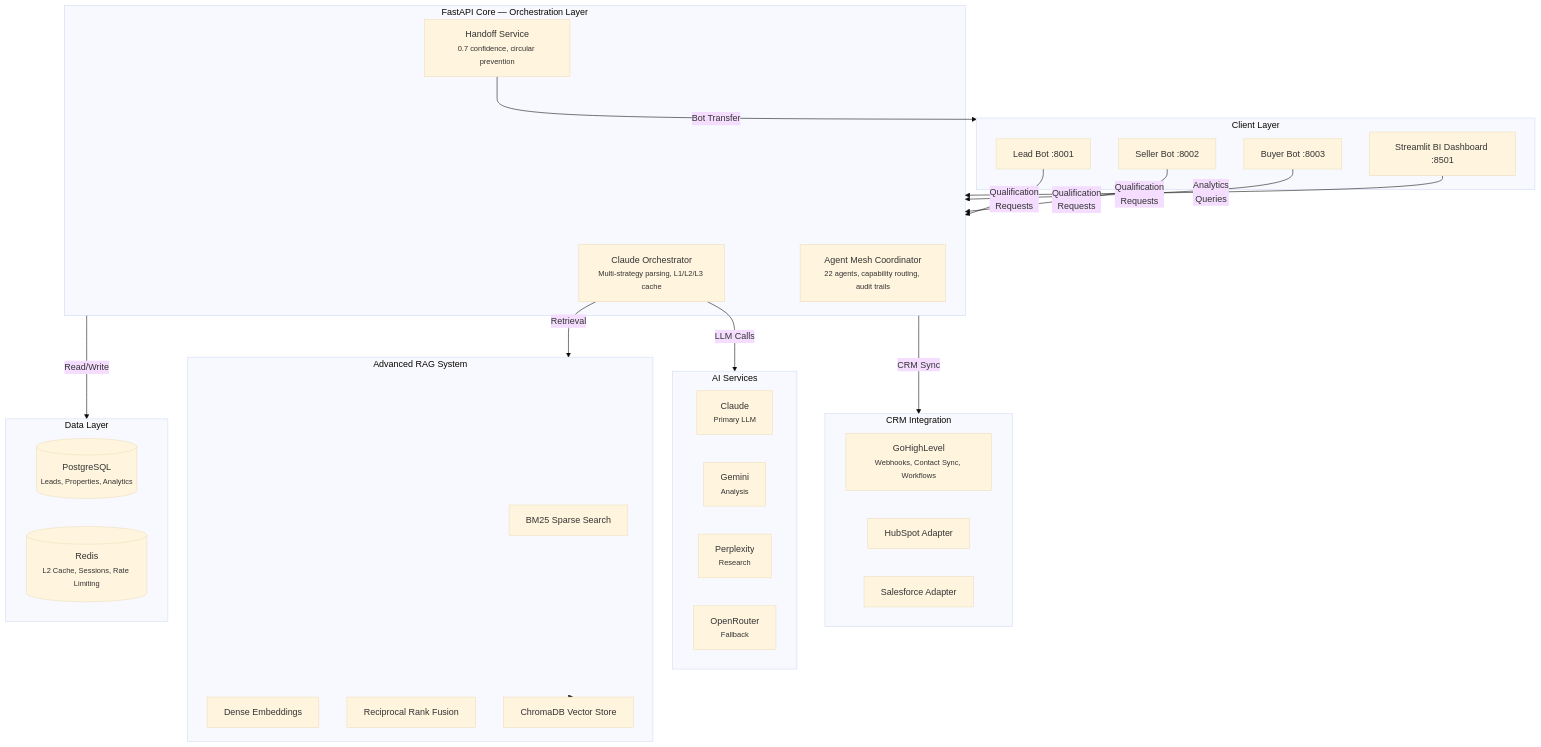
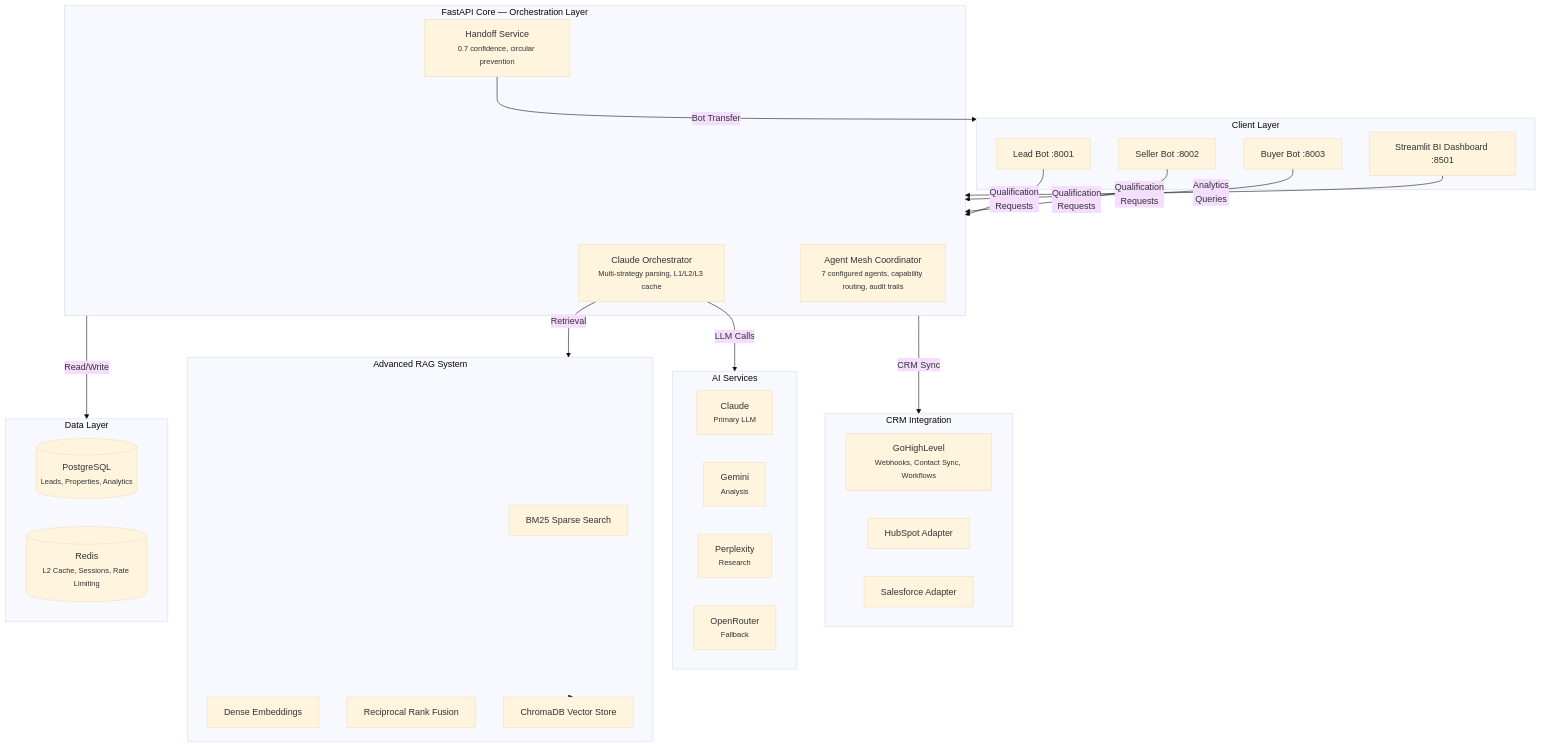
The diagram in README.md (ChunkyTortoise/EnterpriseHub), drawn with Mermaid (base theme) before and after one commit. The commit also changed other lines of this file and 4 other files, not shown here.

First line of the commit message:
docs: correct unbacked 22-agent mesh claim to actual 7-configured roster

````diff
--- a/README.md
+++ b/README.md
@@ -65,49 +65,49 @@
 ```mermaid
 graph TB
     subgraph Clients["Client Layer"]
         LB["Lead Bot :8001"]
         SB["Seller Bot :8002"]
         BB["Buyer Bot :8003"]
         BI["Streamlit BI Dashboard :8501"]
     end
 
     subgraph Core["FastAPI Core — Orchestration Layer"]
         CO["Claude Orchestrator<br/><small>Multi-strategy parsing, L1/L2/L3 cache</small>"]
-        AMC["Agent Mesh Coordinator<br/><small>22 agents, capability routing, audit trails</small>"]
+        AMC["Agent Mesh Coordinator<br/><small>7 configured agents, capability routing, audit trails</small>"]
         HO["Handoff Service<br/><small>0.7 confidence, circular prevention</small>"]
     end
 
     subgraph CRM["CRM Integration"]
         GHL["GoHighLevel<br/><small>Webhooks, Contact Sync, Workflows</small>"]
         HS["HubSpot Adapter"]
         SF["Salesforce Adapter"]
     end
 
     subgraph AI["AI Services"]
         CL["Claude<br/><small>Primary LLM</small>"]
         GM["Gemini<br/><small>Analysis</small>"]
         PP["Perplexity<br/><small>Research</small>"]
         OR["OpenRouter<br/><small>Fallback</small>"]
     end
 
     subgraph RAG["Advanced RAG System"]
         BM25["BM25 Sparse Search"]
         DE["Dense Embeddings"]
         RRF["Reciprocal Rank Fusion"]
         VS["ChromaDB Vector Store"]
     end
 
     subgraph Data["Data Layer"]
         PG[("PostgreSQL<br/><small>Leads, Properties, Analytics</small>")]
         RD[("Redis<br/><small>L2 Cache, Sessions, Rate Limiting</small>")]
     end
 
     LB & SB & BB -->|"Qualification<br/>Requests"| Core
     BI -->|"Analytics<br/>Queries"| Core
     Core -->|"CRM Sync"| CRM
     CO -->|"LLM Calls"| AI
     CO -->|"Retrieval"| RAG
     Core -->|"Read/Write"| Data
     RAG --> VS
     HO -->|"Bot Transfer"| Clients
 ```
````
